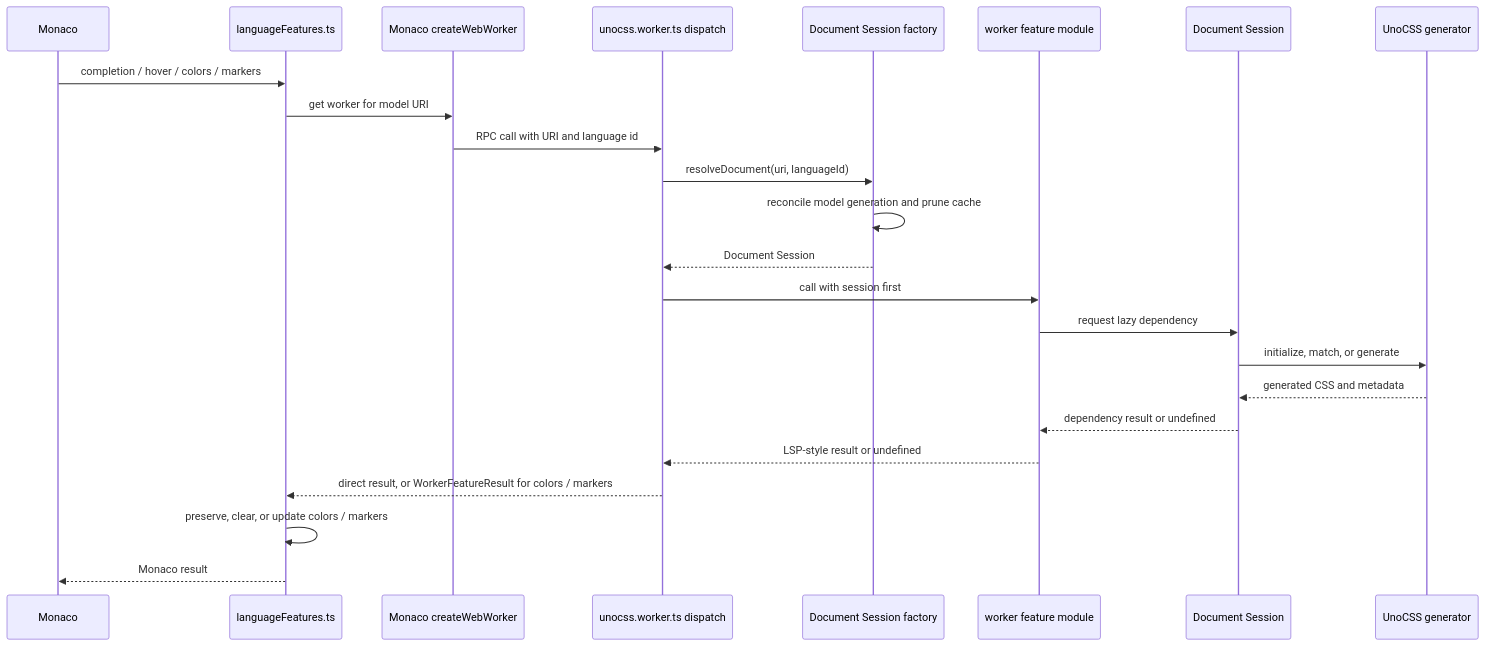
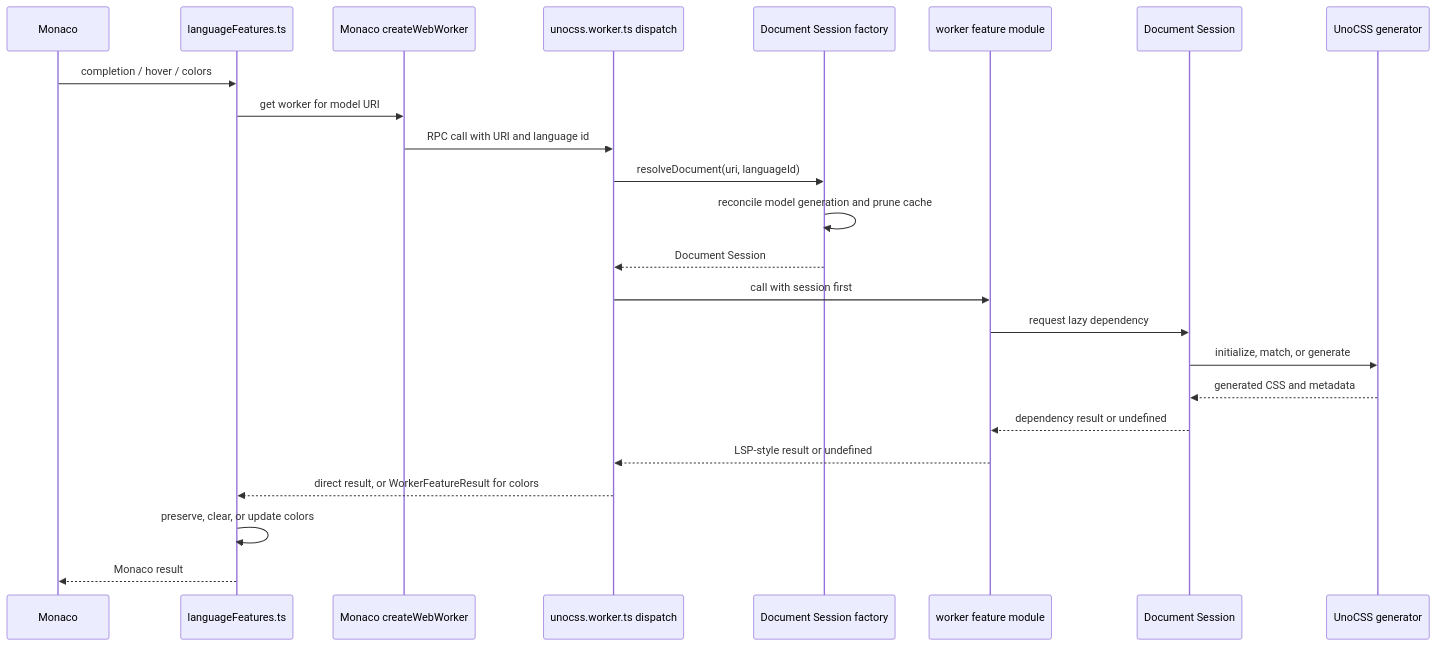
Before and after one commit to ilyaliao/monaco-unocss: the second of 2 diagrams in AGENTS.md, drawn with Mermaid. The commit also changed other lines of this file and 4 other files, not shown here.

````diff
--- a/AGENTS.md
+++ b/AGENTS.md
@@ -87,27 +78,27 @@
 ```mermaid
 sequenceDiagram
   participant Monaco
   participant Adapter as languageFeatures.ts
   participant MonacoWorker as Monaco createWebWorker
   participant Worker as unocss.worker.ts dispatch
   participant Factory as Document Session factory
   participant Feature as worker feature module
   participant Session as Document Session
   participant Uno as UnoCSS generator
 
-  Monaco->>Adapter: completion / hover / colors / markers
+  Monaco->>Adapter: completion / hover / colors
   Adapter->>MonacoWorker: get worker for model URI
   MonacoWorker->>Worker: RPC call with URI and language id
   Worker->>Factory: resolveDocument(uri, languageId)
   Factory->>Factory: reconcile model generation and prune cache
   Factory-->>Worker: Document Session
   Worker->>Feature: call with session first
   Feature->>Session: request lazy dependency
   Session->>Uno: initialize, match, or generate
   Uno-->>Session: generated CSS and metadata
   Session-->>Feature: dependency result or undefined
   Feature-->>Worker: LSP-style result or undefined
-  Worker-->>Adapter: direct result, or WorkerFeatureResult for colors / markers
-  Adapter->>Adapter: preserve, clear, or update colors / markers
+  Worker-->>Adapter: direct result, or WorkerFeatureResult for colors
+  Adapter->>Adapter: preserve, clear, or update colors
   Adapter-->>Monaco: Monaco result
 ```
````
